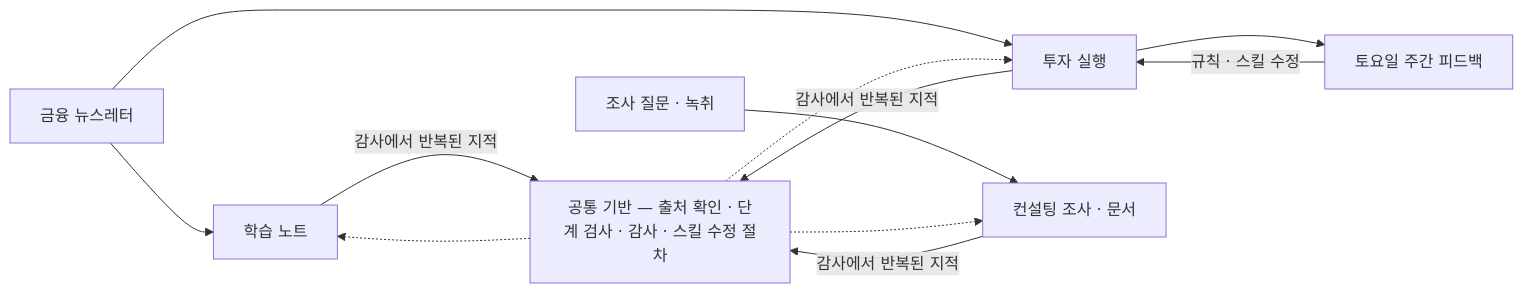
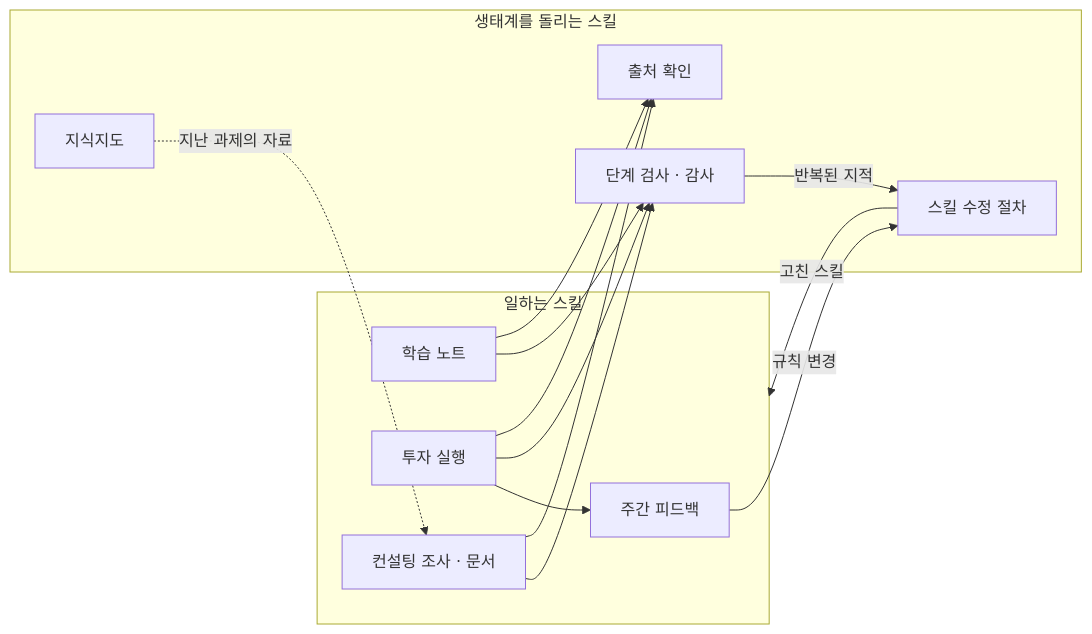
One commit to swkim46/claude-skills-portfolio changed the diagram in README.md. Above: the diagram before and after it, drawn with Mermaid. The commit also changed other lines of this file and 1 other file, not shown here.

````diff
--- a/README.md
+++ b/README.md
@@ -19,12 +36,22 @@
 ```mermaid
 flowchart LR
-    N[금융 뉴스레터] --> L[학습 노트]
-    N --> T[투자 실행]
-    Q[조사 질문 · 녹취] --> C[컨설팅 조사 · 문서]
-    T --> F[토요일 주간 피드백]
-    F -- 규칙 · 스킬 수정 --> T
-    B[공통 기반 — 출처 확인 · 단계 검사 · 감사 · 스킬 수정 절차] -.-> L
-    B -.-> T
-    B -.-> C
-    L & T & C -- 감사에서 반복된 지적 --> B
+    subgraph W[일하는 스킬]
+        L[학습 노트] 
+        T[투자 실행]
+        F[주간 피드백]
+        C[컨설팅 조사 · 문서]
+    end
+    subgraph E[생태계를 돌리는 스킬]
+        V[출처 확인]
+        G[단계 검사 · 감사]
+        M[스킬 수정 절차]
+        K[지식지도]
+    end
+    L & T & C --> V
+    L & T & C --> G
+    G -- 반복된 지적 --> M
+    T --> F
+    F -- 규칙 변경 --> M
+    M -- 고친 스킬 --> W
+    K -. 지난 과제의 자료 .-> C
 ```
````
